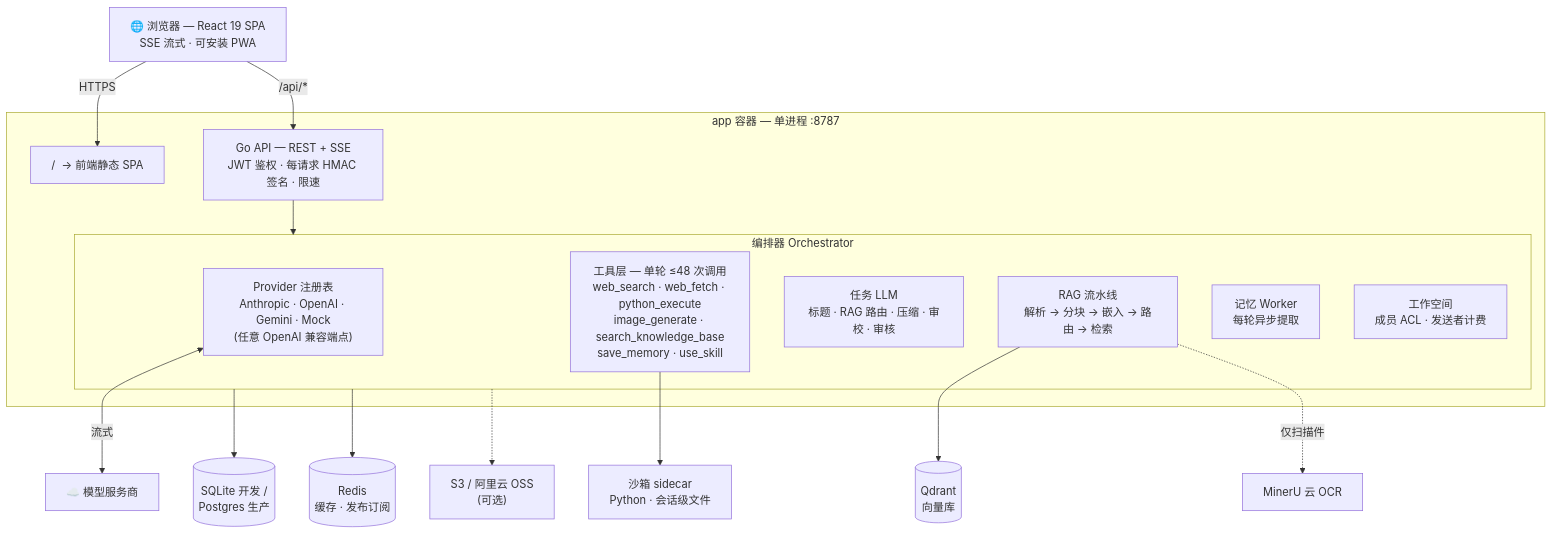
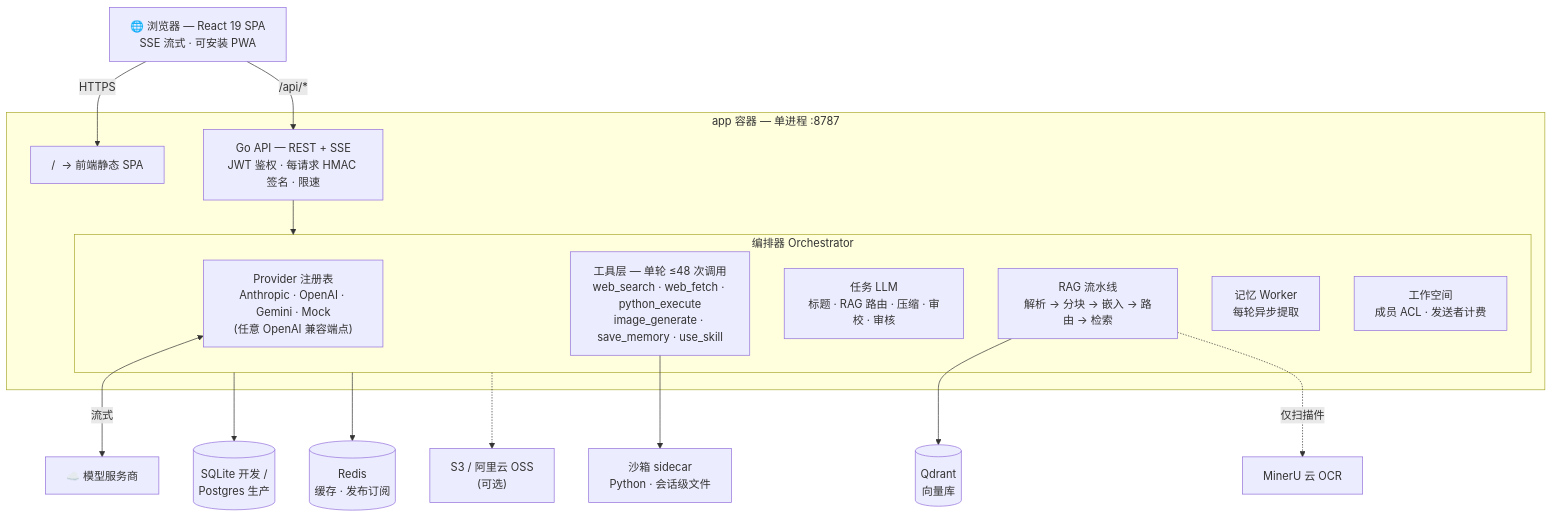
Before and after one commit to hjxwz123/Aivory: the diagram in README.zh-CN.md, drawn with Mermaid. The commit also changed other lines of this file and 46 other files, not shown here.

````diff
--- a/README.zh-CN.md
+++ b/README.zh-CN.md
@@ -252,30 +251,30 @@
 ```mermaid
 graph TB
     B["🌐 浏览器 — React 19 SPA<br/>SSE 流式 · 可安装 PWA"]
 
     subgraph APP["app 容器 — 单进程 :8787"]
         SPA["/ &nbsp;→ 前端静态 SPA"]
         API["Go API — REST + SSE<br/>JWT 鉴权 · 每请求 HMAC 签名 · 限速"]
         subgraph ORCH["编排器 Orchestrator"]
             PROV["Provider 注册表<br/>Anthropic · OpenAI · Gemini · Mock<br/>(任意 OpenAI 兼容端点)"]
-            TOOLS["工具层 — 单轮 ≤48 次调用<br/>web_search · web_fetch · python_execute<br/>image_generate · search_knowledge_base<br/>save_memory · use_skill"]
+            TOOLS["工具层 — 单轮 ≤48 次调用<br/>web_search · web_fetch · python_execute<br/>image_generate · save_memory · use_skill"]
             TASK["任务 LLM<br/>标题 · RAG 路由 · 压缩 · 审校 · 审核"]
             RAGP["RAG 流水线<br/>解析 → 分块 → 嵌入 → 路由 → 检索"]
             MEMW["记忆 Worker<br/>每轮异步提取"]
             WS["工作空间<br/>成员 ACL · 发送者计费"]
         end
     end
 
     B -->|HTTPS| SPA
     B -->|"/api/*"| API
     API --> ORCH
 
     PROV <-->|流式| LLM["☁️ 模型服务商"]
     TOOLS --> SBX["沙箱 sidecar<br/>Python · 会话级文件"]
     RAGP --> QD[("Qdrant<br/>向量库")]
     RAGP -.->|"仅扫描件"| MRU["MinerU 云 OCR"]
 
     ORCH --> DB[("SQLite 开发 /<br/>Postgres 生产")]
     ORCH --> RDS[("Redis<br/>缓存 · 发布订阅")]
     ORCH -.-> OBJ["S3 / 阿里云 OSS<br/>(可选)"]
 ```
````
